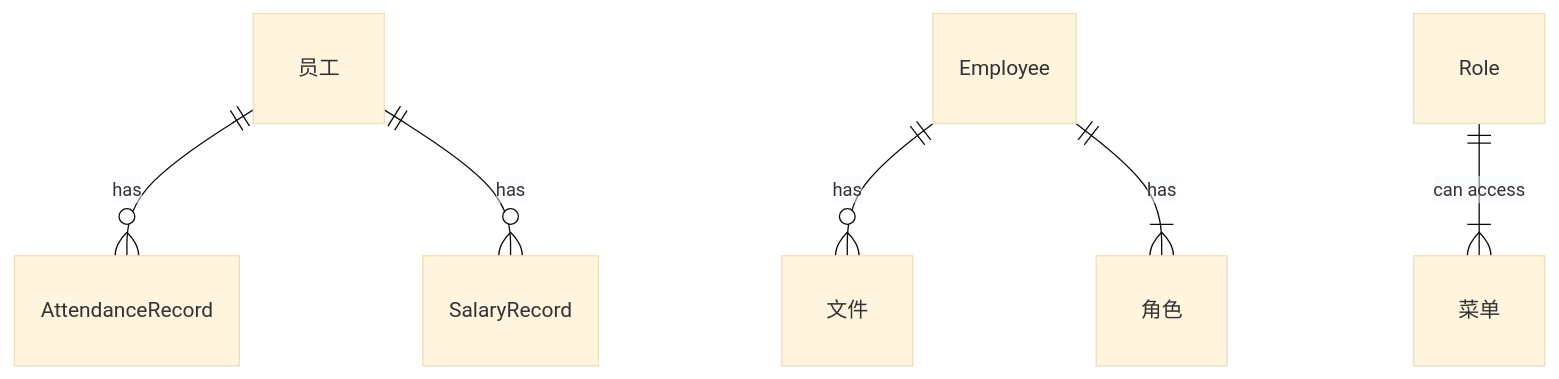
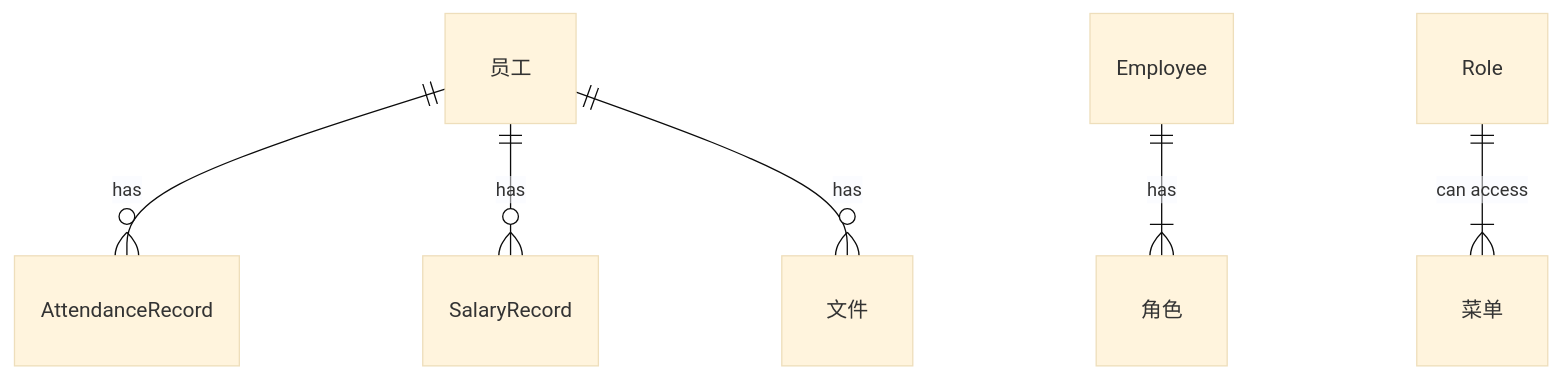
One commit to 1235648solitary/iodraw-files changed the diagram in all/未命名-1.md. Above: the diagram before and after it, drawn with Mermaid (base theme).

Commit message:
2025-04-22 23:28:03 update

````diff
--- a/all/未命名-1.md
+++ b/all/未命名-1.md
@@ -1,9 +1,9 @@
 ```mermaid
 erDiagram
               "员工" ||--o{ AttendanceRecord : "has"
     "员工" ||--o{ SalaryRecord : "has"
-    Employee ||--o{ "文件" : "has"
+    "员工"||--o{ "文件" : "has"
     Employee ||--|{ "角色" : "has"
     Role ||--|{ "菜单" : "can access" 
             
 ```
````
